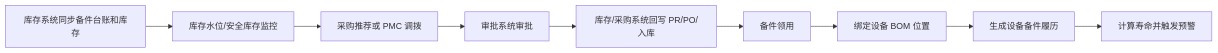
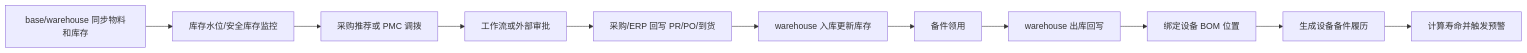
Before and after one commit to front-yummy/equipment-management-standard: the fifth of 5 diagrams in 需求分析/00-总览与跨模块链路.md, drawn with Mermaid. The commit also changed other lines of this file and 15 other files, not shown here.

````diff
--- a/需求分析/00-总览与跨模块链路.md
+++ b/需求分析/00-总览与跨模块链路.md
@@ -98,11 +143,13 @@
 ```mermaid
 flowchart LR
-    A[库存系统同步备件台账和库存] --> B[库存水位/安全库存监控]
+    A[base/warehouse 同步物料和库存] --> B[库存水位/安全库存监控]
     B --> C[采购推荐或 PMC 调拨]
-    C --> D[审批系统审批]
-    D --> E[库存/采购系统回写 PR/PO/入库]
-    E --> F[备件领用]
-    F --> G[绑定设备 BOM 位置]
-    G --> H[生成设备备件履历]
-    H --> I[计算寿命并触发预警]
+    C --> D[工作流或外部审批]
+    D --> E[采购/ERP 回写 PR/PO/到货]
+    E --> F[warehouse 入库更新库存]
+    F --> G[备件领用]
+    G --> H[warehouse 出库回写]
+    H --> I[绑定设备 BOM 位置]
+    I --> J[生成设备备件履历]
+    J --> K[计算寿命并触发预警]
 ```
````
